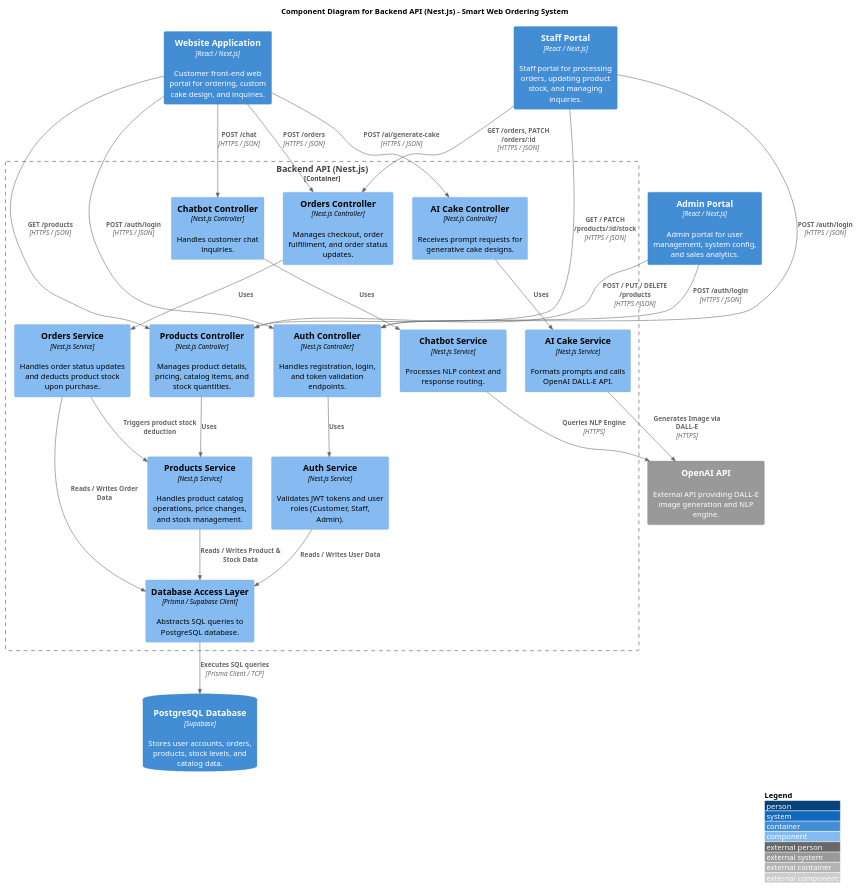
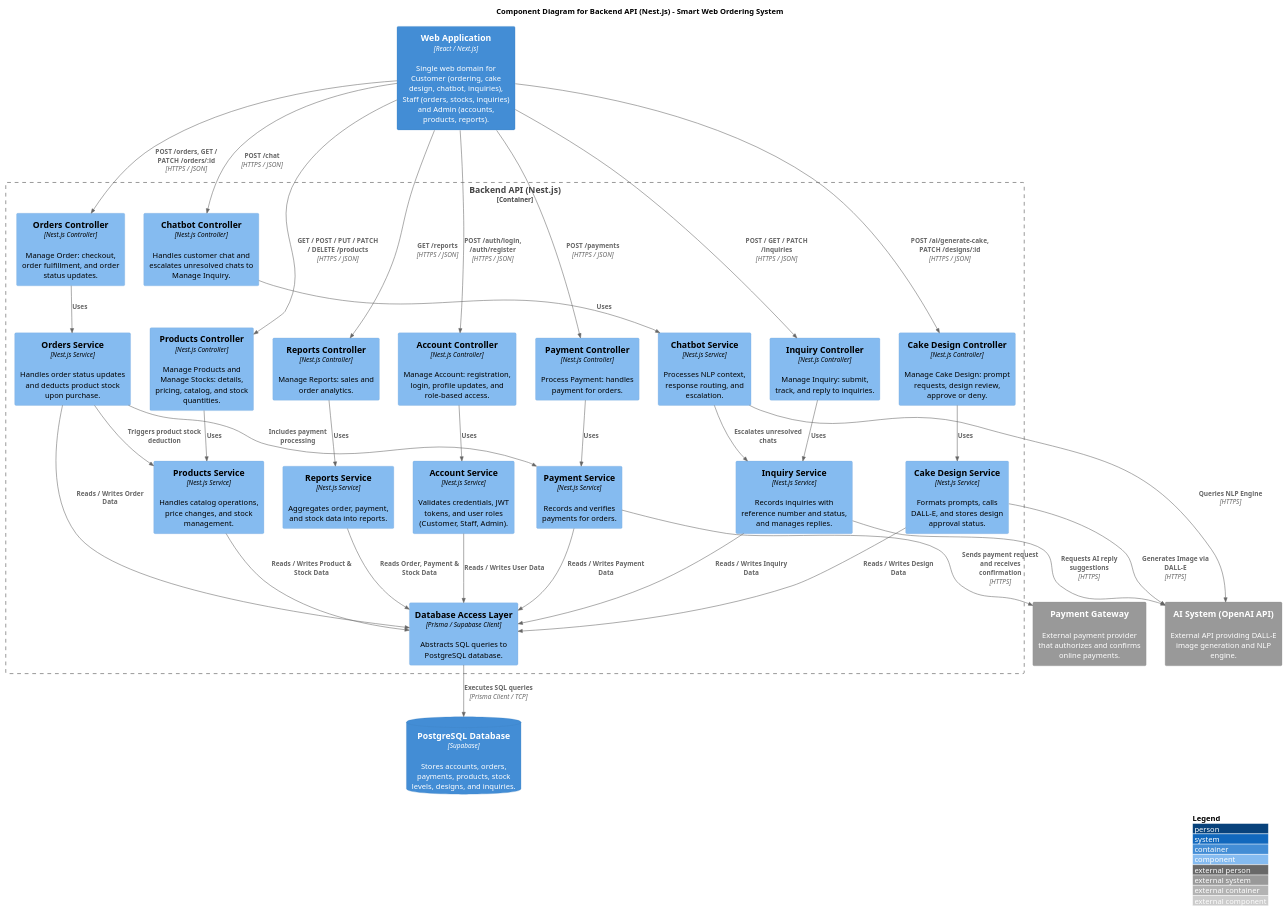
The diagram in PBL/MSYADD/COMPONENT DIAGRAM.puml (APC-SoCIT/APC-2026-2027-T1-IT241-Grp7-Smart-Web-Order-System-for-Mama-Co), drawn with PlantUML before and after one commit.

Commit message:
Revise component diagram for backend API
Updated component diagram to reflect changes in web application structure, added new controllers and services, and modified relationships between components.

```diff
--- a/PBL/MSYADD/COMPONENT DIAGRAM.puml
+++ b/PBL/MSYADD/COMPONENT DIAGRAM.puml
@@ -1,69 +1,81 @@
 @startuml
-!include https://raw.githubusercontent.com/plantuml-stdlib/C4-PlantUML/master/C4_Component.puml
+!include <C4/C4_Component>
 
 LAYOUT_WITH_LEGEND()
 
 title Component Diagram for Backend API (Nest.js) - Smart Web Ordering System
 
 ' External Containers
-Container(website_app, "Website Application", "React / Next.js", "Customer front-end web portal for ordering, custom cake design, and inquiries.")
-Container(staff_portal, "Staff Portal", "React / Next.js", "Staff portal for processing orders, updating product stock, and managing inquiries.")
-Container(admin_portal, "Admin Portal", "React / Next.js", "Admin portal for user management, system config, and sales analytics.")
+Container(web_app, "Web Application", "React / Next.js", "Single web domain for Customer (ordering, cake design, chatbot, inquiries), Staff (orders, stocks, inquiries) and Admin (accounts, products, reports).")
 
-ContainerDb(postgres_db, "PostgreSQL Database", "Supabase", "Stores user accounts, orders, products, stock levels, and catalog data.")
-System_Ext(openai_api, "OpenAI API", "External API providing DALL-E image generation and NLP engine.")
+ContainerDb(postgres_db, "PostgreSQL Database", "Supabase", "Stores accounts, orders, payments, products, stock levels, designs, and inquiries.")
+System_Ext(payment_gateway, "Payment Gateway", "External payment provider that authorizes and confirms online payments.")
+System_Ext(ai_system, "AI System (OpenAI API)", "External API providing DALL-E image generation and NLP engine.")
 
 ' Backend API Container Boundary
 Container_Boundary(backend_api, "Backend API (Nest.js)") {
 
-    ' Controllers
-    Component(auth_controller, "Auth Controller", "Nest.js Controller", "Handles registration, login, and token validation endpoints.")
-    Component(ai_cake_controller, "AI Cake Controller", "Nest.js Controller", "Receives prompt requests for generative cake designs.")
-    Component(chatbot_controller, "Chatbot Controller", "Nest.js Controller", "Handles customer chat inquiries.")
-    Component(orders_controller, "Orders Controller", "Nest.js Controller", "Manages checkout, order fulfillment, and order status updates.")
-    Component(products_controller, "Products Controller", "Nest.js Controller", "Manages product details, pricing, catalog items, and stock quantities.")
+    ' Controllers (named after the Use Case Diagram)
+    Component(account_controller, "Account Controller", "Nest.js Controller", "Manage Account: registration, login, profile updates, and role-based access.")
+    Component(inquiry_controller, "Inquiry Controller", "Nest.js Controller", "Manage Inquiry: submit, track, and reply to inquiries.")
+    Component(chatbot_controller, "Chatbot Controller", "Nest.js Controller", "Handles customer chat and escalates unresolved chats to Manage Inquiry.")
+    Component(products_controller, "Products Controller", "Nest.js Controller", "Manage Products and Manage Stocks: details, pricing, catalog, and stock quantities.")
+    Component(cake_design_controller, "Cake Design Controller", "Nest.js Controller", "Manage Cake Design: prompt requests, design review, approve or deny.")
+    Component(orders_controller, "Orders Controller", "Nest.js Controller", "Manage Order: checkout, order fulfillment, and order status updates.")
+    Component(payment_controller, "Payment Controller", "Nest.js Controller", "Process Payment: handles payment for orders.")
+    Component(reports_controller, "Reports Controller", "Nest.js Controller", "Manage Reports: sales and order analytics.")
 
     ' Services
-    Component(auth_service, "Auth Service", "Nest.js Service", "Validates JWT tokens and user roles (Customer, Staff, Admin).")
+    Component(account_service, "Account Service", "Nest.js Service", "Validates credentials, JWT tokens, and user roles (Customer, Staff, Admin).")
+    Component(inquiry_service, "Inquiry Service", "Nest.js Service", "Records inquiries with reference number and status, and manages replies.")
+    Component(chatbot_service, "Chatbot Service", "Nest.js Service", "Processes NLP context, response routing, and escalation.")
+    Component(products_service, "Products Service", "Nest.js Service", "Handles catalog operations, price changes, and stock management.")
+    Component(cake_design_service, "Cake Design Service", "Nest.js Service", "Formats prompts, calls DALL-E, and stores design approval status.")
     Component(orders_service, "Orders Service", "Nest.js Service", "Handles order status updates and deducts product stock upon purchase.")
-    Component(ai_cake_service, "AI Cake Service", "Nest.js Service", "Formats prompts and calls OpenAI DALL-E API.")
-    Component(chatbot_service, "Chatbot Service", "Nest.js Service", "Processes NLP context and response routing.")
-    Component(products_service, "Products Service", "Nest.js Service", "Handles product catalog operations, price changes, and stock management.")
+    Component(payment_service, "Payment Service", "Nest.js Service", "Records and verifies payments for orders.")
+    Component(reports_service, "Reports Service", "Nest.js Service", "Aggregates order, payment, and stock data into reports.")
 
     ' Database Layer
     Component(db_access_layer, "Database Access Layer", "Prisma / Supabase Client", "Abstracts SQL queries to PostgreSQL database.")
 }
 
 ' Frontend to controller relations
-Rel(website_app, auth_controller, "POST /auth/login", "HTTPS / JSON")
-Rel(website_app, ai_cake_controller, "POST /ai/generate-cake", "HTTPS / JSON")
-Rel(website_app, chatbot_controller, "POST /chat", "HTTPS / JSON")
-Rel(website_app, orders_controller, "POST /orders", "HTTPS / JSON")
-Rel(website_app, products_controller, "GET /products", "HTTPS / JSON")
-
-Rel(staff_portal, auth_controller, "POST /auth/login", "HTTPS / JSON")
-Rel(staff_portal, orders_controller, "GET /orders, PATCH /orders/:id", "HTTPS / JSON")
-Rel(staff_portal, products_controller, "GET / PATCH /products/:id/stock", "HTTPS / JSON")
-
-Rel(admin_portal, auth_controller, "POST /auth/login", "HTTPS / JSON")
-Rel(admin_portal, products_controller, "POST / PUT / DELETE /products", "HTTPS / JSON")
+Rel(web_app, account_controller, "POST /auth/login, /auth/register", "HTTPS / JSON")
+Rel(web_app, inquiry_controller, "POST / GET / PATCH /inquiries", "HTTPS / JSON")
+Rel(web_app, chatbot_controller, "POST /chat", "HTTPS / JSON")
+Rel(web_app, products_controller, "GET / POST / PUT / PATCH / DELETE /products", "HTTPS / JSON")
+Rel(web_app, cake_design_controller, "POST /ai/generate-cake, PATCH /designs/:id", "HTTPS / JSON")
+Rel(web_app, orders_controller, "POST /orders, GET / PATCH /orders/:id", "HTTPS / JSON")
+Rel(web_app, payment_controller, "POST /payments", "HTTPS / JSON")
+Rel(web_app, reports_controller, "GET /reports", "HTTPS / JSON")
 
 ' Controller to service relations
-Rel(auth_controller, auth_service, "Uses")
-Rel(ai_cake_controller, ai_cake_service, "Uses")
+Rel(account_controller, account_service, "Uses")
+Rel(inquiry_controller, inquiry_service, "Uses")
 Rel(chatbot_controller, chatbot_service, "Uses")
+Rel(products_controller, products_service, "Uses")
+Rel(cake_design_controller, cake_design_service, "Uses")
 Rel(orders_controller, orders_service, "Uses")
-Rel(products_controller, products_service, "Uses")
+Rel(payment_controller, payment_service, "Uses")
+Rel(reports_controller, reports_service, "Uses")
 
 ' Service interaction & database relations
-Rel(auth_service, db_access_layer, "Reads / Writes User Data")
+Rel(account_service, db_access_layer, "Reads / Writes User Data")
+Rel(inquiry_service, db_access_layer, "Reads / Writes Inquiry Data")
+Rel(chatbot_service, inquiry_service, "Escalates unresolved chats")
+Rel(products_service, db_access_layer, "Reads / Writes Product & Stock Data")
+Rel(cake_design_service, db_access_layer, "Reads / Writes Design Data")
 Rel(orders_service, db_access_layer, "Reads / Writes Order Data")
 Rel(orders_service, products_service, "Triggers product stock deduction")
-Rel(products_service, db_access_layer, "Reads / Writes Product & Stock Data")
+Rel(orders_service, payment_service, "Includes payment processing")
+Rel(payment_service, db_access_layer, "Reads / Writes Payment Data")
+Rel(reports_service, db_access_layer, "Reads Order, Payment & Stock Data")
 
 ' External integrations & database execution
-Rel(ai_cake_service, openai_api, "Generates Image via DALL-E", "HTTPS")
-Rel(chatbot_service, openai_api, "Queries NLP Engine", "HTTPS")
+Rel(cake_design_service, ai_system, "Generates Image via DALL-E", "HTTPS")
+Rel(chatbot_service, ai_system, "Queries NLP Engine", "HTTPS")
+Rel(inquiry_service, ai_system, "Requests AI reply suggestions", "HTTPS")
+Rel(payment_service, payment_gateway, "Sends payment request and receives confirmation", "HTTPS")
 Rel(db_access_layer, postgres_db, "Executes SQL queries", "Prisma Client / TCP")
 
 @enduml
```
